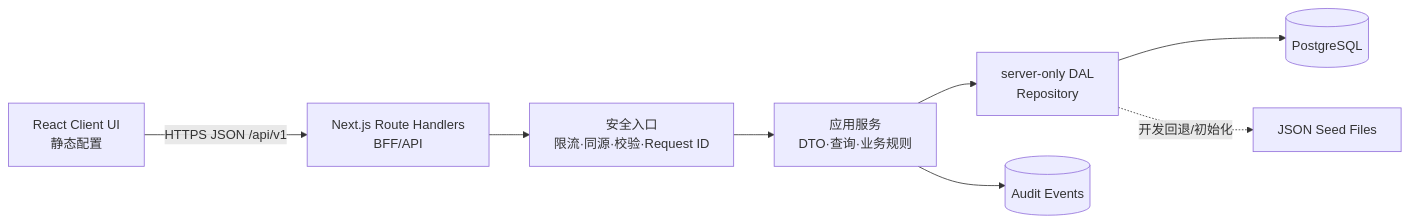
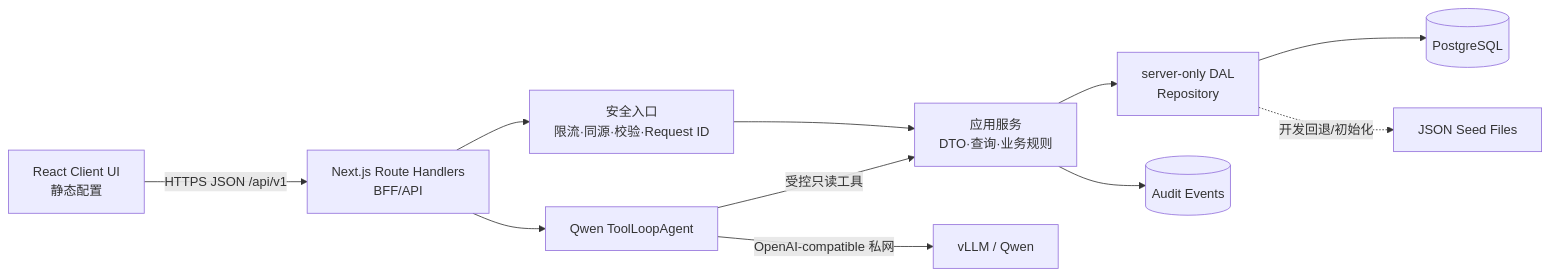
Before and after one commit to williamtomallory-lgtm/lumaflow-sales-hub: the diagram in docs/backend-architecture.md, drawn with Mermaid. The commit also changed other lines of this file and 35 other files, not shown here.

Commit message:
feat: add local Qwen agent with versioned business skills

````diff
--- a/docs/backend-architecture.md
+++ b/docs/backend-architecture.md
@@ -20,10 +20,13 @@
 ```mermaid
 flowchart LR
   UI[React Client UI\n静态配置] -->|HTTPS JSON /api/v1| API[Next.js Route Handlers\nBFF/API]
   API --> SEC[安全入口\n限流·同源·校验·Request ID]
   SEC --> SVC[应用服务\nDTO·查询·业务规则]
   SVC --> DAL[server-only DAL\nRepository]
   DAL --> PG[(PostgreSQL)]
   DAL -.开发回退/初始化.-> JSON[JSON Seed Files]
   SVC --> AUDIT[(Audit Events)]
+  API --> AGENT[Qwen ToolLoopAgent]
+  AGENT -->|受控只读工具| SVC
+  AGENT -->|OpenAI-compatible 私网| VLLM[vLLM / Qwen]
 ```
````
